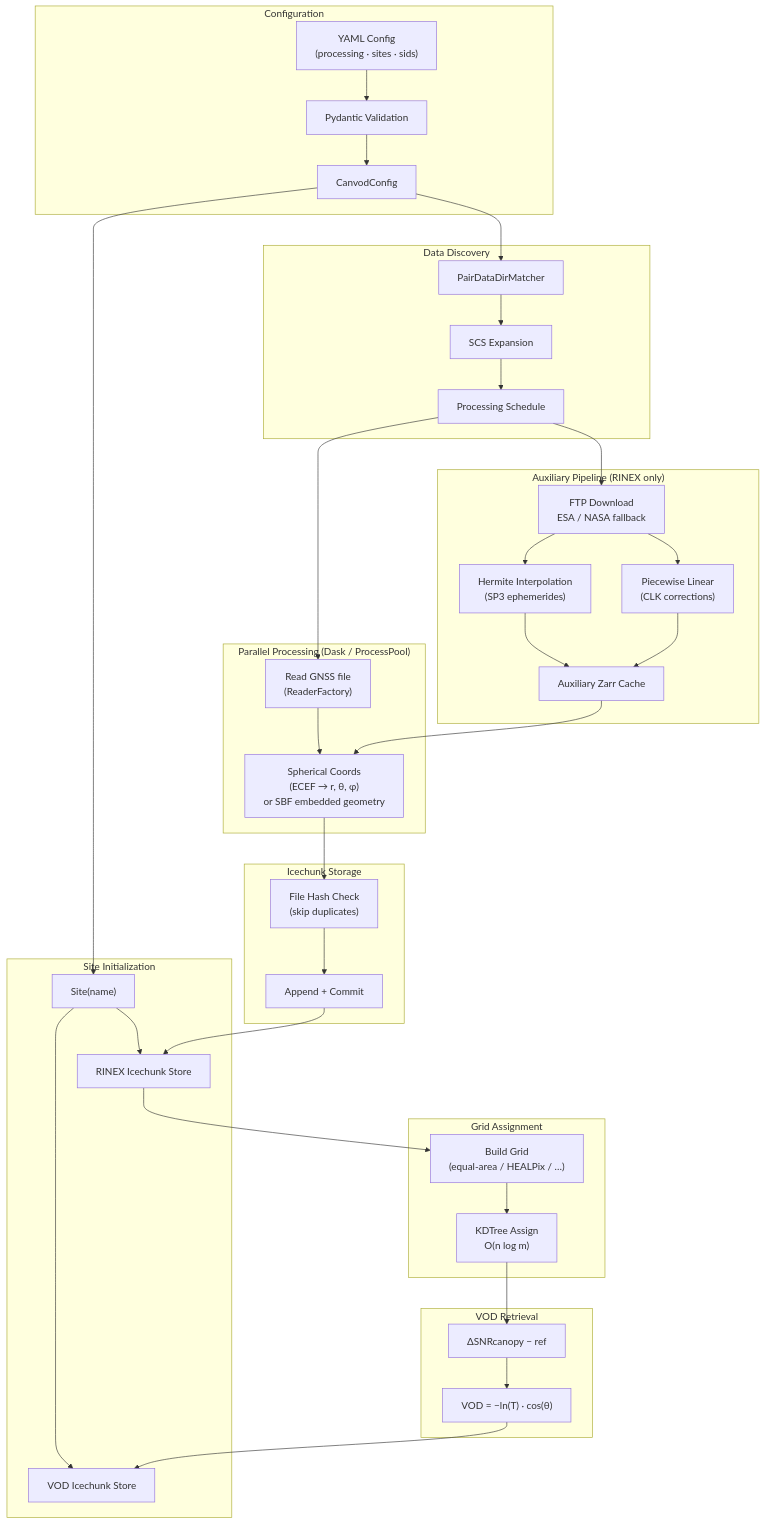
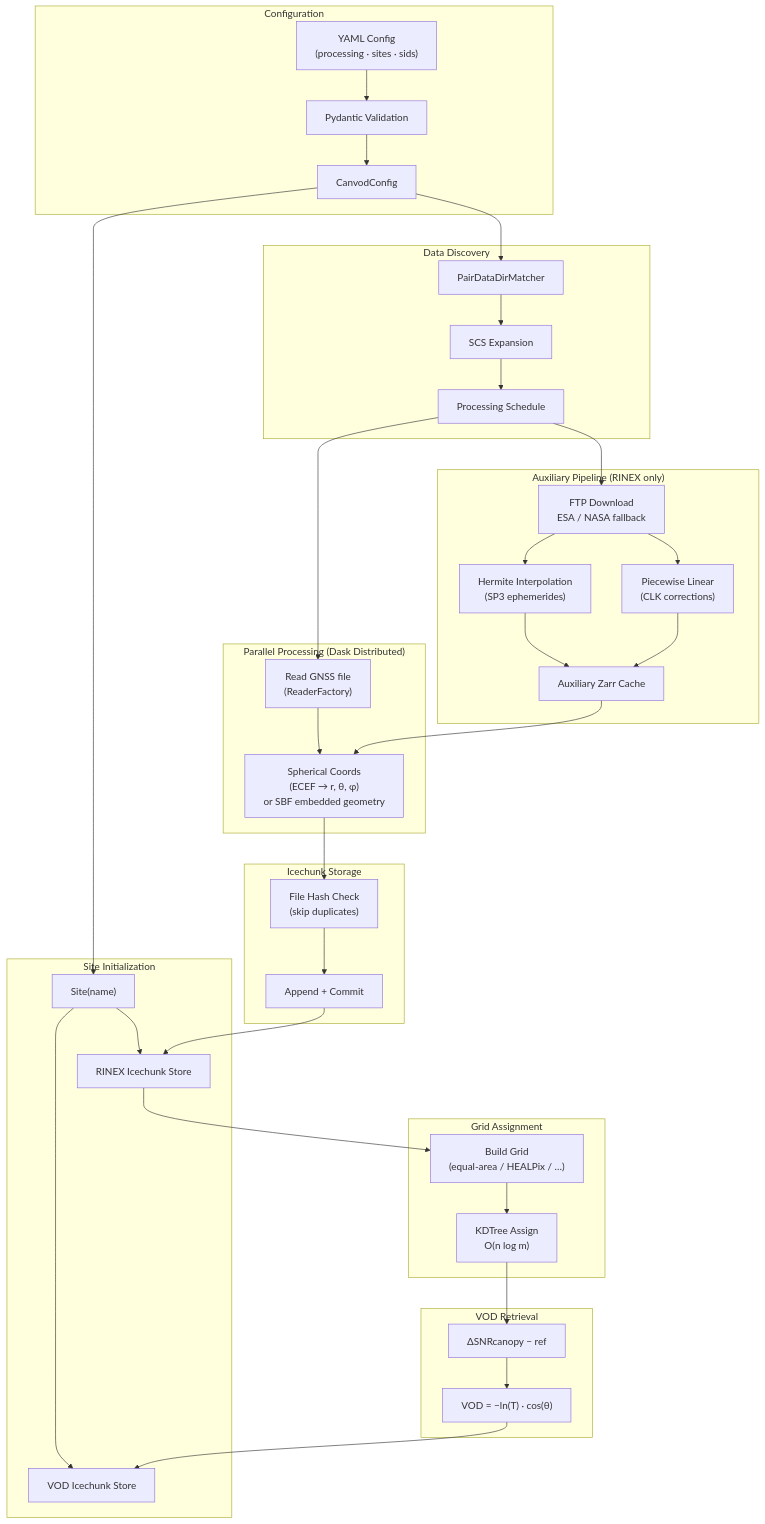
The second of 2 diagrams in docs/architecture.md (konstantinschellenberg/canvodpy), drawn with Mermaid before and after one commit. The commit also changed other lines of this file and 8 other files, not shown here.

````diff
--- a/docs/architecture.md
+++ b/docs/architecture.md
@@ -164,62 +164,62 @@
 ```mermaid
 flowchart TD
     subgraph CFG["Configuration"]
         YAML["YAML Config\n(processing · sites · sids)"]
         PYDANTIC["Pydantic Validation"]
         CONFIG["CanvodConfig"]
     end
 
     subgraph INIT["Site Initialization"]
         SITE["Site(name)"]
         RINEX_STORE["RINEX Icechunk Store"]
         VOD_STORE["VOD Icechunk Store"]
     end
 
     subgraph DISCOVERY["Data Discovery"]
         MATCHER["PairDataDirMatcher"]
         EXPAND["SCS Expansion"]
         SCHEDULE["Processing Schedule"]
     end
 
     subgraph AUX["Auxiliary Pipeline (RINEX only)"]
         FTP["FTP Download\nESA / NASA fallback"]
         HERMITE["Hermite Interpolation\n(SP3 ephemerides)"]
         LINEAR["Piecewise Linear\n(CLK corrections)"]
         AUX_ZARR["Auxiliary Zarr Cache"]
     end
 
-    subgraph PARALLEL["Parallel Processing (Dask / ProcessPool)"]
+    subgraph PARALLEL["Parallel Processing (Dask Distributed)"]
         READ_R["Read GNSS file\n(ReaderFactory)"]
         SPHERICAL["Spherical Coords\n(ECEF → r, θ, φ)\nor SBF embedded geometry"]
     end
 
     subgraph WRITE["Icechunk Storage"]
         HASH_CHECK["File Hash Check\n(skip duplicates)"]
         APPEND["Append + Commit"]
     end
 
     subgraph GRID["Grid Assignment"]
         BUILD_GRID["Build Grid\n(equal-area / HEALPix / …)"]
         KDTREE["KDTree Assign\nO(n log m)"]
     end
 
     subgraph VOD["VOD Retrieval"]
         DELTA["ΔSNRcanopy − ref"]
         TAU["VOD = −ln(T) · cos(θ)"]
     end
 
     YAML --> PYDANTIC --> CONFIG --> SITE
     SITE --> RINEX_STORE & VOD_STORE
 
     CONFIG --> MATCHER --> EXPAND --> SCHEDULE
 
     SCHEDULE --> FTP --> HERMITE & LINEAR --> AUX_ZARR
 
     SCHEDULE --> READ_R --> SPHERICAL
     AUX_ZARR --> SPHERICAL
 
     SPHERICAL --> HASH_CHECK --> APPEND --> RINEX_STORE
 
     RINEX_STORE --> BUILD_GRID --> KDTREE --> DELTA --> TAU
     TAU --> VOD_STORE
 ```
````
